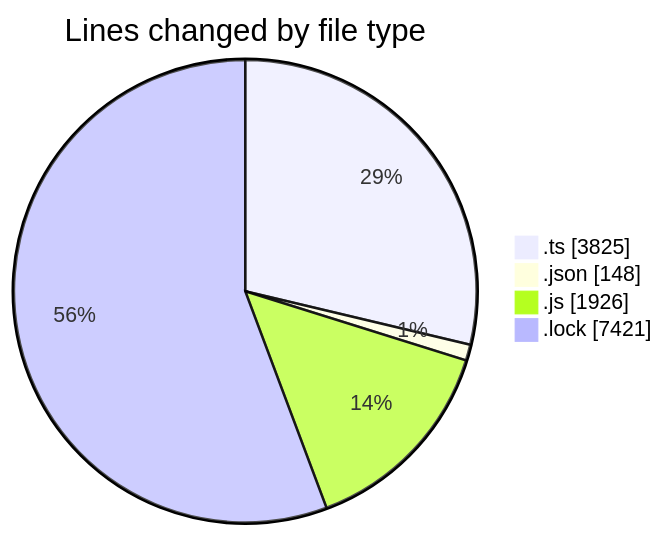
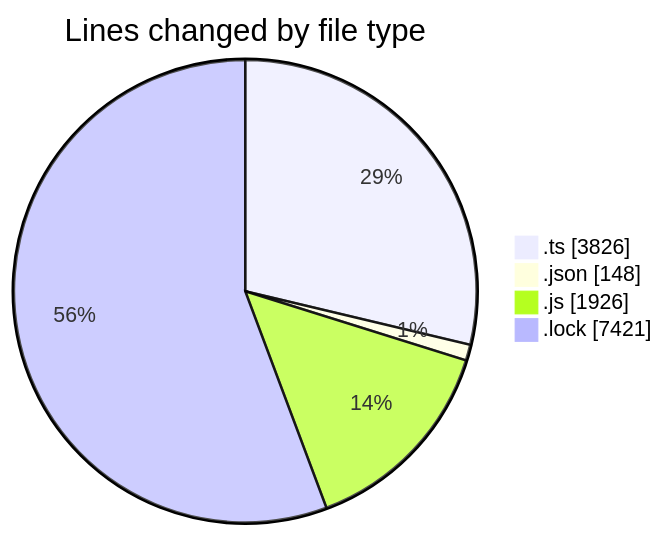
Before and after one commit to momahboobian/code-tracking: the first of 2 diagrams in 2025-07-30/cda/README.md, drawn with Mermaid. The commit also changed other lines of this file and 1 other file, not shown here.

````diff
--- a/2025-07-30/cda/README.md
+++ b/2025-07-30/cda/README.md
@@ -29,8 +29,8 @@
 ```mermaid
 pie showData
 title Lines changed by file type
-".ts" : 3825
+".ts" : 3826
 ".json" : 148
 ".js" : 1926
 ".lock" : 7421
 ```
````
